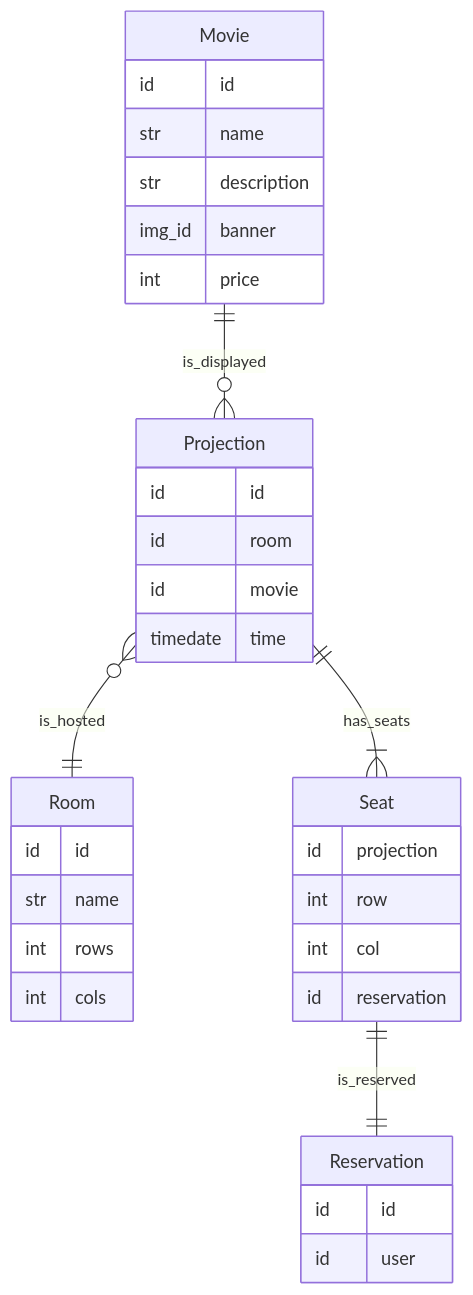
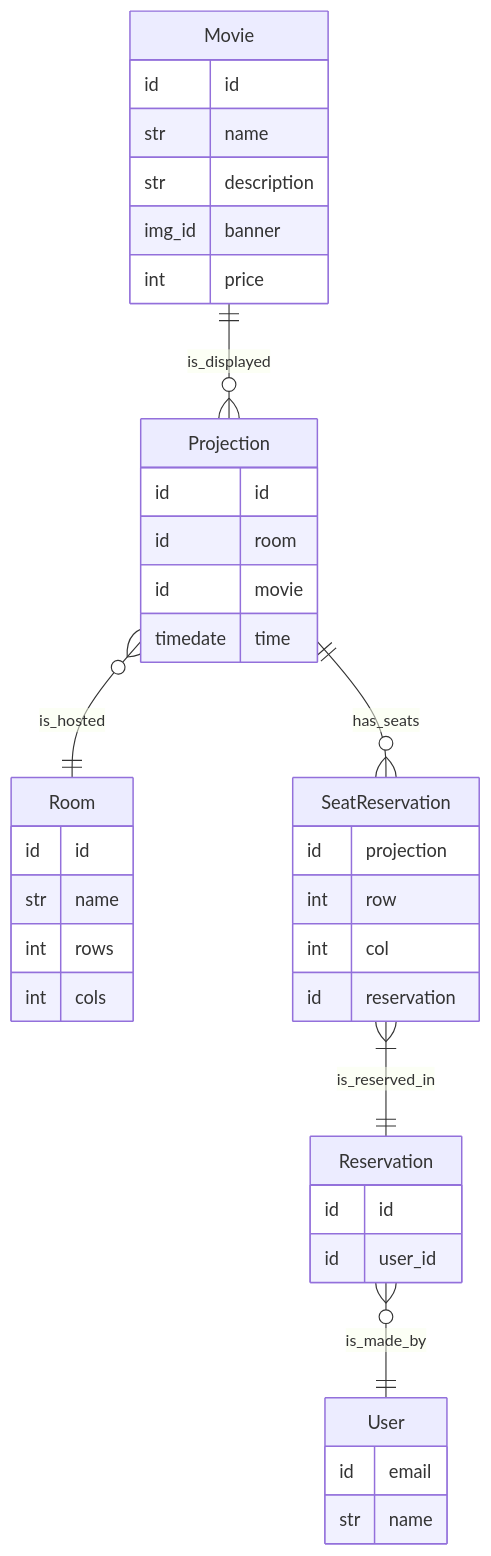
The diagram in docs/database_model.md (jkutkutOrg/Android-CineHub), drawn with Mermaid before and after one commit. The commit also changed other lines of this file, not shown here.

````diff
--- a/docs/database_model.md
+++ b/docs/database_model.md
@@ -1,44 +1,51 @@
 ```mermaid
 erDiagram
     Movie {
         id id
         str name
         str description
         img_id banner
         int price
     }
 
     Room {
         id id
         str name
         int rows
         int cols
     }
 
     Projection {
         id id
         id room
         id movie
         timedate time
     }
 
     Movie ||--o{ Projection : is_displayed
     Projection }o--|| Room : is_hosted
 
-    Seat {
+    SeatReservation {
         id projection
         int row
         int col
         id reservation
     }
 
-    Projection ||--|{ Seat : has_seats
+    Projection ||--o{ SeatReservation : has_seats
 
     Reservation {
         id id
-        id user
+        id user_id
     }
 
-    Seat ||--|| Reservation : is_reserved
+    SeatReservation }|--|| Reservation : is_reserved_in
+
+    User {
+        id email
+        str name
+    }
+
+    Reservation }o--|| User : is_made_by
 
 ```
````
